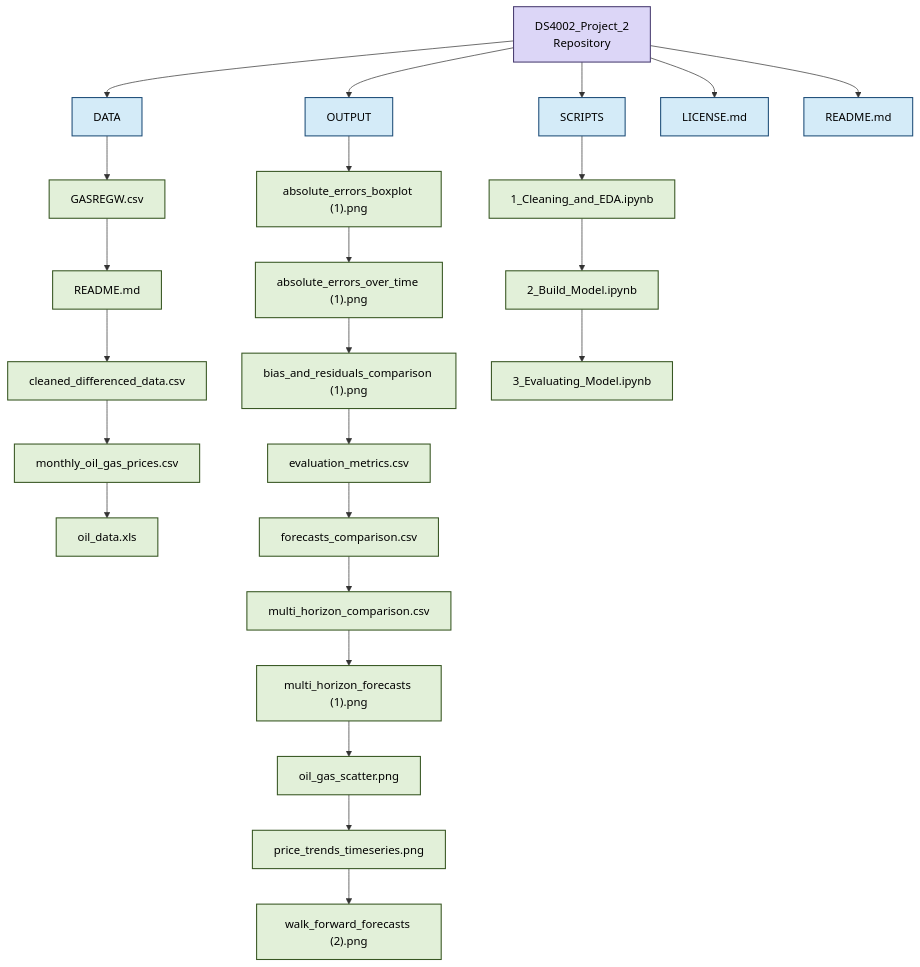
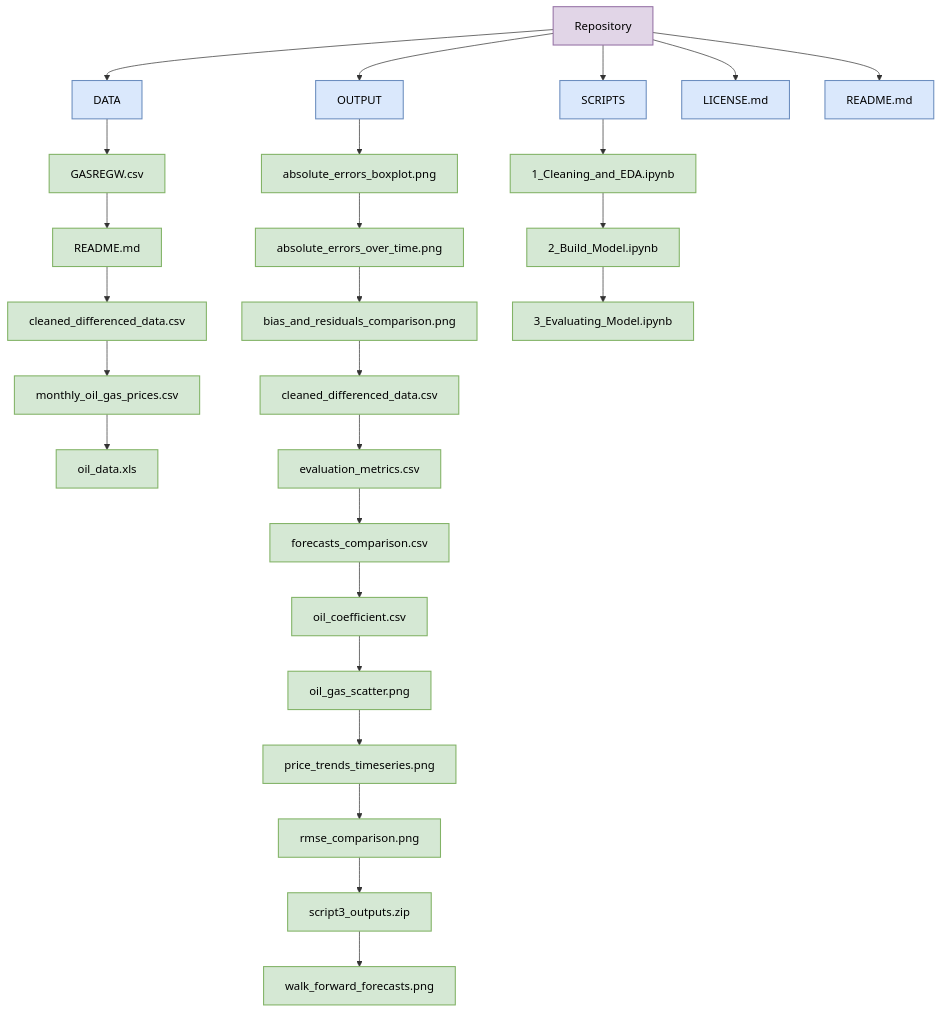
Before and after one commit to oliviapang/DS4002_Project_2: the diagram in README.md, drawn with Mermaid.

Commit message:
Enhance README.md with updated documentation map
Updated the documentation map in README.md to include directory chains and color styling for better visualization.

````diff
--- a/README.md
+++ b/README.md
@@ -13,41 +13,47 @@
 ```mermaid
 graph TD
-    %% Styling Definitions
-    classDef purple fill:#DCD6F7,stroke:#4B3F72,stroke-width:1.5px,color:#000;
-    classDef blue fill:#D4EBF8,stroke:#1F4E79,stroke-width:1.5px,color:#000;
-    classDef green fill:#E2F0D9,stroke:#385723,stroke-width:1.5px,color:#000;
+    %% Repository Root
+    Repo[Repository]
 
-    %% Root
-    Root["DS4002_Project_2<br/>Repository"]:::purple
+    %% Top Level Folders & Files
+    Repo --> DATA[DATA]
+    Repo --> OUTPUT[OUTPUT]
+    Repo --> SCRIPTS[SCRIPTS]
+    Repo --> LICENSE[LICENSE.md]
+    Repo --> README_ROOT[README.md]
 
-    %% Top-Level Direct Folders and Files
-    Root --> DATA["DATA"]:::blue
-    Root --> OUTPUT["OUTPUT"]:::blue
-    Root --> SCRIPTS["SCRIPTS"]:::blue
-    Root --> LICENSE["LICENSE.md"]:::blue
-    Root --> README["README.md"]:::blue
+    %% DATA Directory Chain
+    DATA --> D1[GASREGW.csv]
+    D1 --> D2[README.md]
+    D2 --> D3[cleaned_differenced_data.csv]
+    D3 --> D4[monthly_oil_gas_prices.csv]
+    D4 --> D5[oil_data.xls]
 
-    %% DATA Column (Vertical stack)
-    DATA --> D1["GASREGW.csv"]:::green
-    D1 --> D2["README.md"]:::green
-    D2 --> D3["cleaned_differenced_data.csv"]:::green
-    D3 --> D4["monthly_oil_gas_prices.csv"]:::green
-    D4 --> D5["oil_data.xls"]:::green
+    %% OUTPUT Directory Chain
+    OUTPUT --> O1[absolute_errors_boxplot.png]
+    O1 --> O2[absolute_errors_over_time.png]
+    O2 --> O3[bias_and_residuals_comparison.png]
+    O3 --> O4[cleaned_differenced_data.csv]
+    O4 --> O5[evaluation_metrics.csv]
+    O5 --> O6[forecasts_comparison.csv]
+    O6 --> O7[oil_coefficient.csv]
+    O7 --> O8[oil_gas_scatter.png]
+    O8 --> O9[price_trends_timeseries.png]
+    O9 --> O10[rmse_comparison.png]
+    O10 --> O11[script3_outputs.zip]
+    O11 --> O12[walk_forward_forecasts.png]
 
-    %% OUTPUT Column (Vertical stack)
-    OUTPUT --> O1["absolute_errors_boxplot (1).png"]:::green
-    O1 --> O2["absolute_errors_over_time (1).png"]:::green
-    O2 --> O3["bias_and_residuals_comparison (1).png"]:::green
-    O3 --> O4["evaluation_metrics.csv"]:::green
-    O4 --> O5["forecasts_comparison.csv"]:::green
-    O5 --> O6["multi_horizon_comparison.csv"]:::green
-    O6 --> O7["multi_horizon_forecasts (1).png"]:::green
-    O7 --> O8["oil_gas_scatter.png"]:::green
-    O8 --> O9["price_trends_timeseries.png"]:::green
-    O9 --> O10["walk_forward_forecasts (2).png"]:::green
+    %% SCRIPTS Directory Chain
+    SCRIPTS --> S1[1_Cleaning_and_EDA.ipynb]
+    S1 --> S2[2_Build_Model.ipynb]
+    S2 --> S3[3_Evaluating_Model.ipynb]
 
-    %% SCRIPTS Column (Vertical stack)
-    SCRIPTS --> S1["1_Cleaning_and_EDA.ipynb"]:::green
-    S1 --> S2["2_Build_Model.ipynb"]:::green
-    S2 --> S3["3_Evaluating_Model.ipynb"]:::green
+    %% Color Styling to Match Reference
+    classDef purple fill:#E1D5E7,stroke:#9673A6,stroke-width:1.5px,color:#000;
+    classDef blue fill:#DAE8FC,stroke:#6C8EBF,stroke-width:1.5px,color:#000;
+    classDef green fill:#D5E8D4,stroke:#82B366,stroke-width:1.5px,color:#000;
+
+    class Repo purple;
+    class DATA,OUTPUT,SCRIPTS,LICENSE,README_ROOT blue;
+    class D1,D2,D3,D4,D5,O1,O2,O3,O4,O5,O6,O7,O8,O9,O10,O11,O12,S1,S2,S3 green;
 ```
````
